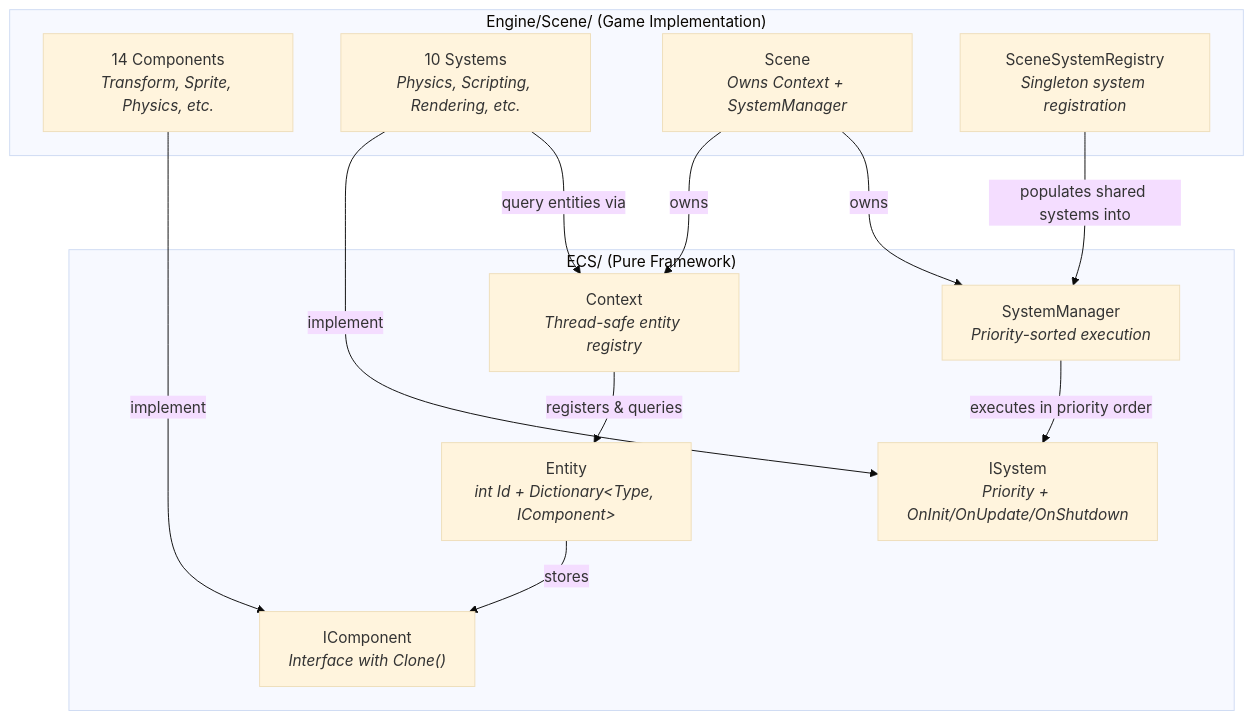
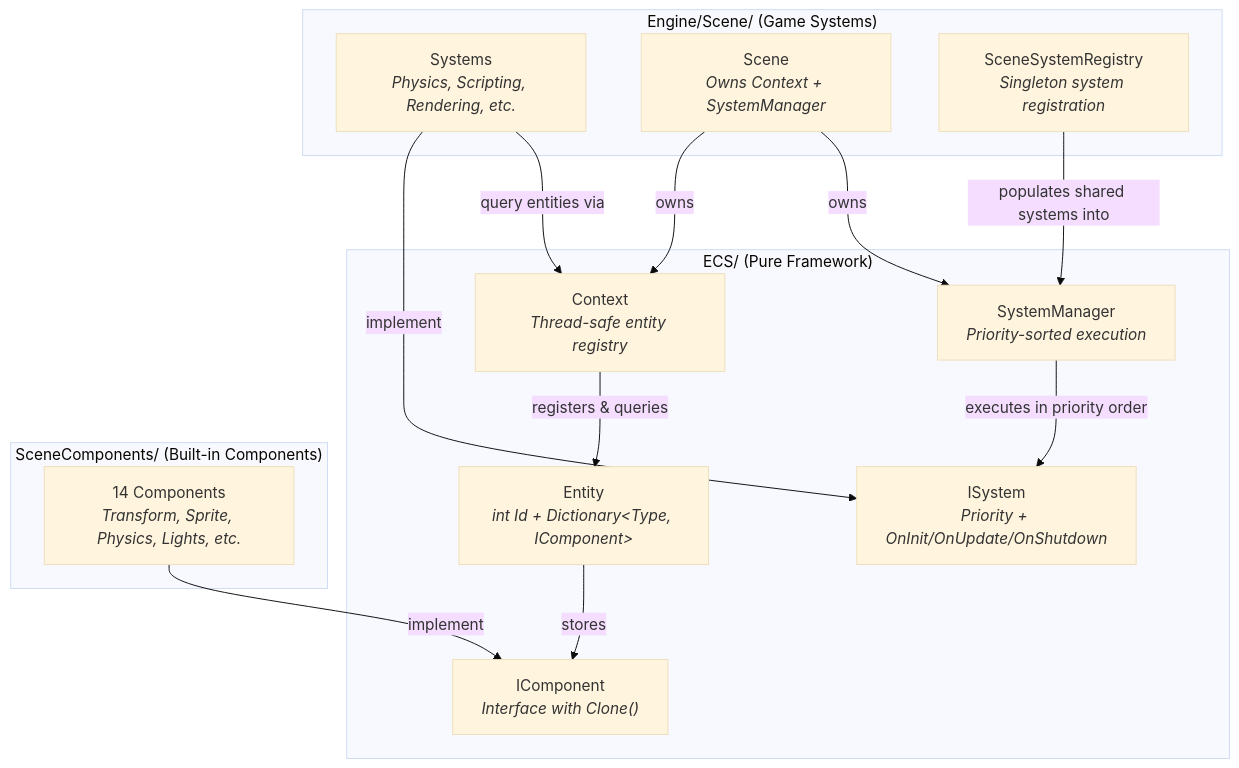
One commit to kateusz/GameEngine changed the first of 5 diagrams in docs/architecture/ecs-architecture.md. Above: the diagram before and after it, drawn with Mermaid (base theme). The commit also changed other lines of this file and 25 other files, not shown here.

````diff
--- a/docs/architecture/ecs-architecture.md
+++ b/docs/architecture/ecs-architecture.md
@@ -9,27 +9,30 @@
 ```mermaid
 graph TB
     subgraph "ECS/ (Pure Framework)"
         Entity["Entity<br/><i>int Id + Dictionary&lt;Type, IComponent&gt;</i>"]
         IComponent["IComponent<br/><i>Interface with Clone()</i>"]
         Context["Context<br/><i>Thread-safe entity registry</i>"]
         ISystem["ISystem<br/><i>Priority + OnInit/OnUpdate/OnShutdown</i>"]
         SystemManager["SystemManager<br/><i>Priority-sorted execution</i>"]
     end
 
-    subgraph "Engine/Scene/ (Game Implementation)"
-        Components["14 Components<br/><i>Transform, Sprite, Physics, etc.</i>"]
-        Systems["10 Systems<br/><i>Physics, Scripting, Rendering, etc.</i>"]
+    subgraph "SceneComponents/ (Built-in Components)"
+        Components["14 Components<br/><i>Transform, Sprite, Physics, Lights, etc.</i>"]
+    end
+
+    subgraph "Engine/Scene/ (Game Systems)"
+        Systems["Systems<br/><i>Physics, Scripting, Rendering, etc.</i>"]
         Scene["Scene<br/><i>Owns Context + SystemManager</i>"]
         SceneSystemRegistry["SceneSystemRegistry<br/><i>Singleton system registration</i>"]
     end
 
     Entity -->|stores| IComponent
     Context -->|registers & queries| Entity
     SystemManager -->|executes in priority order| ISystem
     Scene -->|owns| Context
     Scene -->|owns| SystemManager
     SceneSystemRegistry -->|populates shared systems into| SystemManager
     Components -->|implement| IComponent
     Systems -->|implement| ISystem
     Systems -->|query entities via| Context
 ```
````
